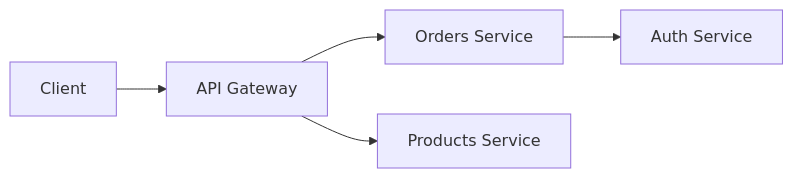
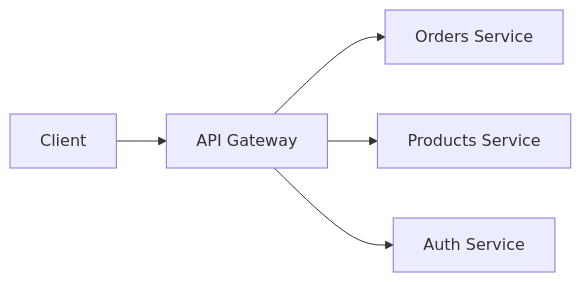
Before and after one commit to linhfishCR7/FastAPI-Projects: the diagram in Gateway implementation using FastAPI/README.md, drawn with Mermaid.

Commit message:
readme update

````diff
--- a/Gateway implementation using FastAPI/README.md
+++ b/Gateway implementation using FastAPI/README.md
@@ -112,7 +112,7 @@
 ```mermaid
 flowchart LR
 		Client --> Gateway[API Gateway]
 		Gateway --> Orders[Orders Service]
 		Gateway --> Products[Products Service]
-		Orders --> Auth[Auth Service]
+		Gateway --> Auth[Auth Service]
 ```
````
